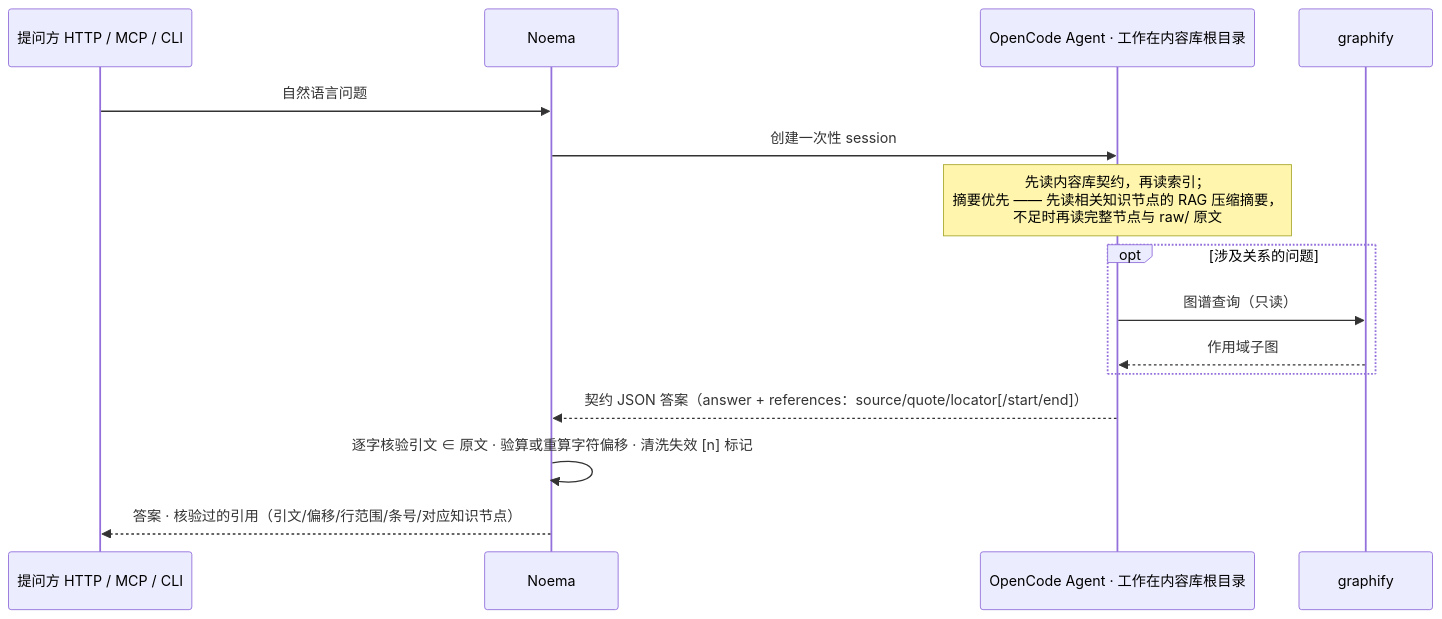
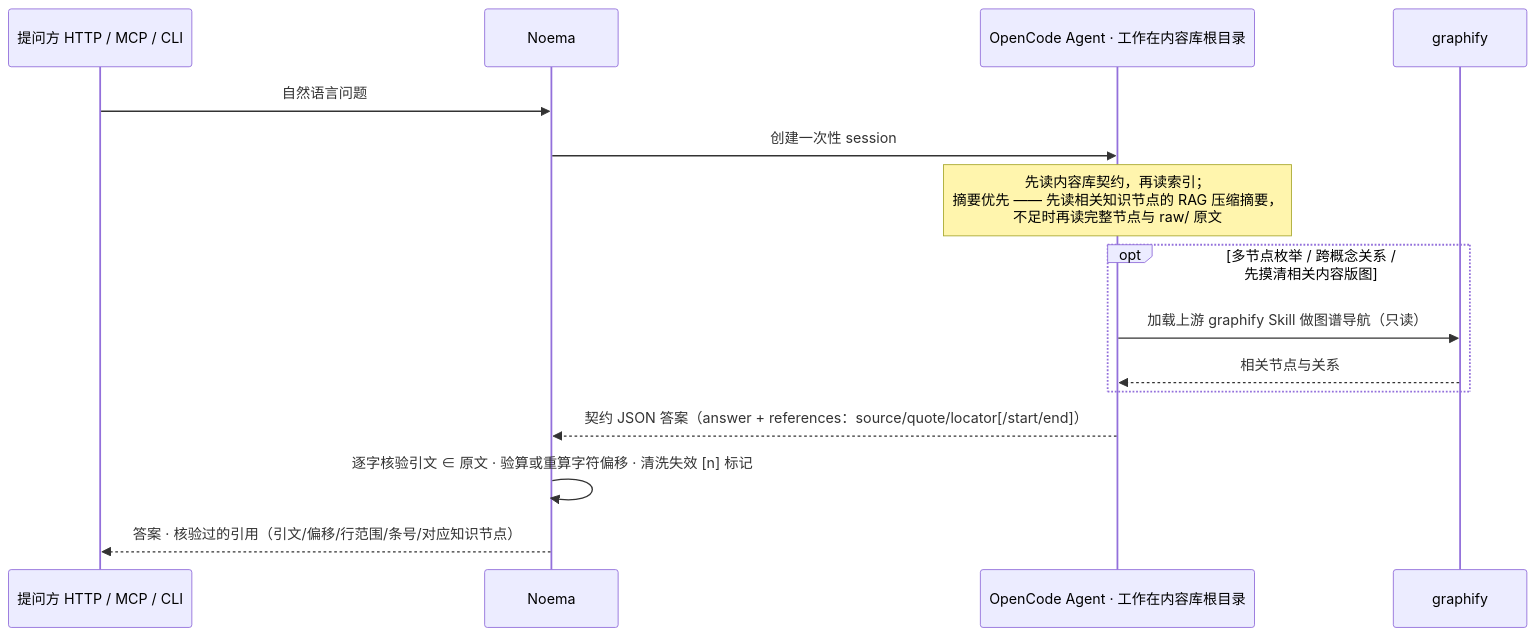
Before and after one commit to xutianyi1999/noema: the third of 5 diagrams in README.md, drawn with Mermaid. The commit also changed other lines of this file and 3 other files, not shown here.

````diff
--- a/README.md
+++ b/README.md
@@ -238,18 +238,18 @@
 ```mermaid
 sequenceDiagram
     participant U as 提问方 HTTP / MCP / CLI
     participant N as Noema
     participant A as OpenCode Agent · 工作在内容库根目录
     participant G as graphify
 
     U->>N: 自然语言问题
     N->>A: 创建一次性 session
     Note over A: 先读内容库契约，再读索引；<br/>摘要优先 —— 先读相关知识节点的 RAG 压缩摘要，<br/>不足时再读完整节点与 raw/ 原文
-    opt 涉及关系的问题
-        A->>G: 图谱查询（只读）
-        G-->>A: 作用域子图
+    opt 多节点枚举 / 跨概念关系 / 先摸清相关内容版图
+        A->>G: 加载上游 graphify Skill 做图谱导航（只读）
+        G-->>A: 相关节点与关系
     end
     A-->>N: 契约 JSON 答案（answer + references：source/quote/locator[/start/end]）
     N->>N: 逐字核验引文 ∈ 原文 · 验算或重算字符偏移 · 清洗失效 [n] 标记
     N-->>U: 答案 · 核验过的引用（引文/偏移/行范围/条号/对应知识节点）
 ```
````
